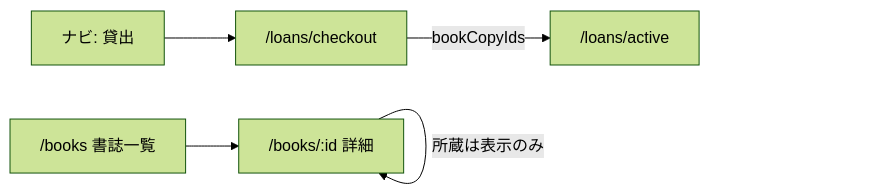
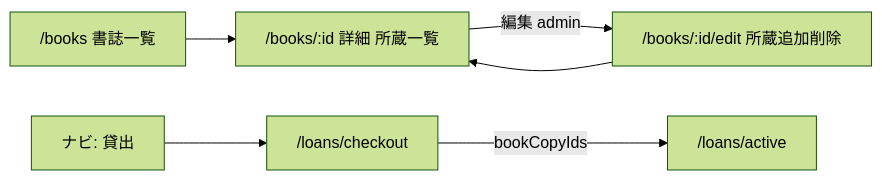
One commit to muscat2356/Book-Collection-Manager changed the second of 2 diagrams in docs/refactor-holdings-and-checkout.md. Above: the diagram before and after it, drawn with Mermaid (forest theme). The commit also changed other lines of this file and 5 other files, not shown here.

````diff
--- a/docs/refactor-holdings-and-checkout.md
+++ b/docs/refactor-holdings-and-checkout.md
@@ -171,7 +173,8 @@
 ```mermaid
 flowchart LR
-    List["/books 書誌一覧"] --> Detail["/books/:id 詳細"]
-    Detail -->|"所蔵は表示のみ"| Detail
+    List["/books 書誌一覧"] --> Detail["/books/:id 詳細 所蔵一覧"]
+    Detail -->|"編集 admin"| Edit["/books/:id/edit 所蔵追加削除"]
+    Edit --> Detail
     Nav["ナビ: 貸出"] --> Checkout["/loans/checkout"]
     Checkout -->|"bookCopyIds"| Active["/loans/active"]
 ```
````
